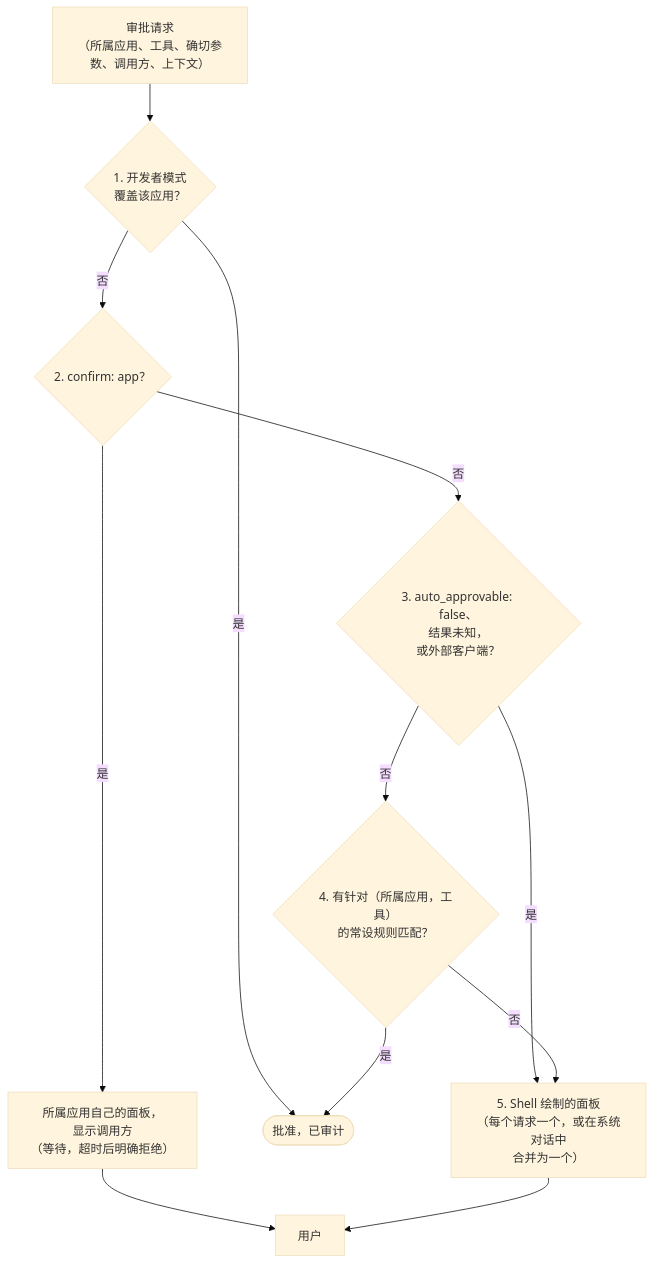
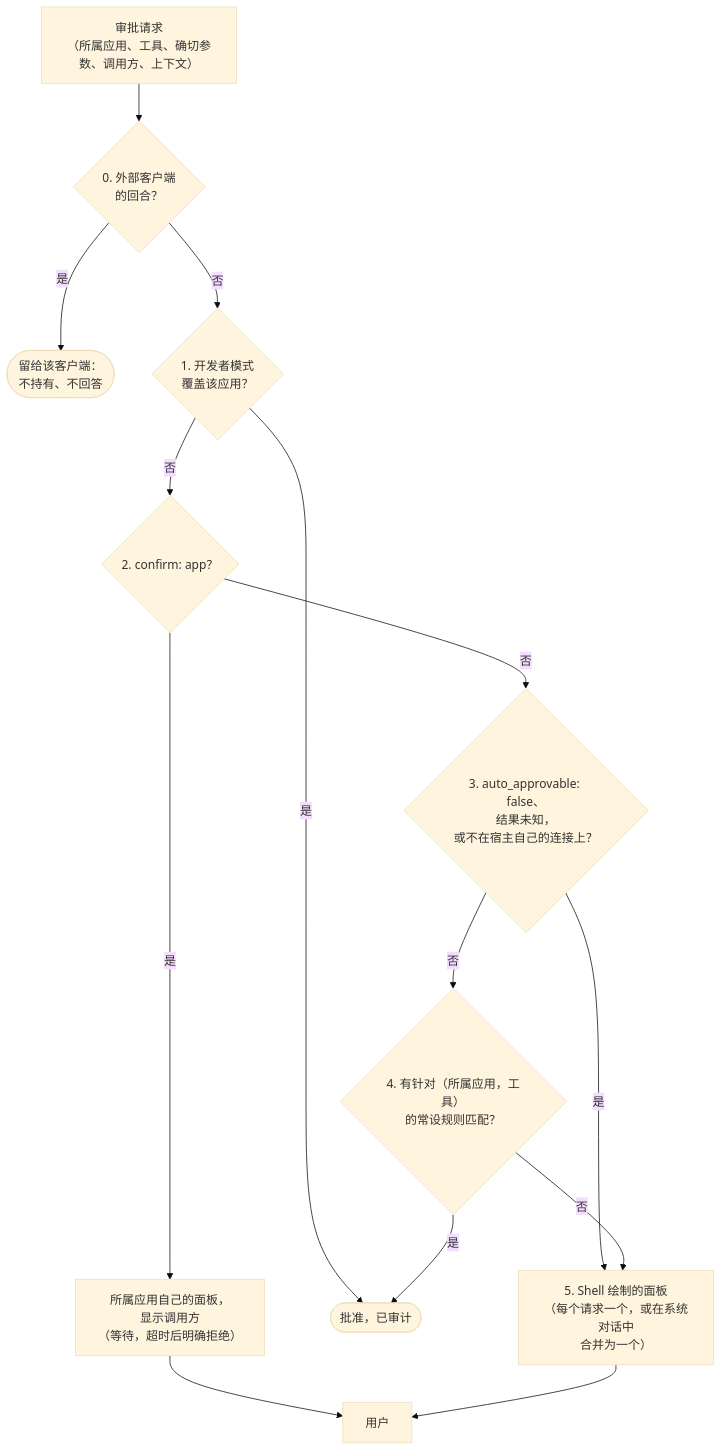
One commit to OctoSense-org/OctoSense changed the fourth of 5 diagrams in docs/architecture.zh-CN.md. Above: the diagram before and after it, drawn with Mermaid (base theme). The commit also changed other lines of this file and 1 other file, not shown here.

First line of the commit message:
docs(architecture): bring the page up to main's code (on top of #275)

````diff
--- a/docs/architecture.zh-CN.md
+++ b/docs/architecture.zh-CN.md
@@ -295,22 +305,26 @@
 ```mermaid
 flowchart TB
   req["审批请求<br/>（所属应用、工具、确切参数、调用方、上下文）"]
+  ext{"0. 外部客户端<br/>的回合？"}
+  left(["留给该客户端：<br/>不持有、不回答"])
   dev{"1. 开发者模式<br/>覆盖该应用？"}
   capp{"2. confirm: app？"}
-  always{"3. auto_approvable: false、<br/>结果未知，<br/>或外部客户端？"}
+  always{"3. auto_approvable: false、<br/>结果未知，<br/>或不在宿主自己的连接上？"}
   rule{"4. 有针对（所属应用，工具）<br/>的常设规则匹配？"}
   sheet["5. Shell 绘制的面板<br/>（每个请求一个，或在系统对话中<br/>合并为一个）"]
   ok(["批准，已审计"])
   appsheet["所属应用自己的面板，<br/>显示调用方<br/>（等待，超时后明确拒绝）"]
   person["用户"]
-  req --> dev
+  req --> ext
+  ext -- 是 --> left
+  ext -- 否 --> dev
   dev -- 是 --> ok
   dev -- 否 --> capp
   capp -- 是 --> appsheet --> person
   capp -- 否 --> always
   always -- 是 --> sheet
   always -- 否 --> rule
   rule -- 是 --> ok
   rule -- 否 --> sheet
   sheet --> person
 ```
````
